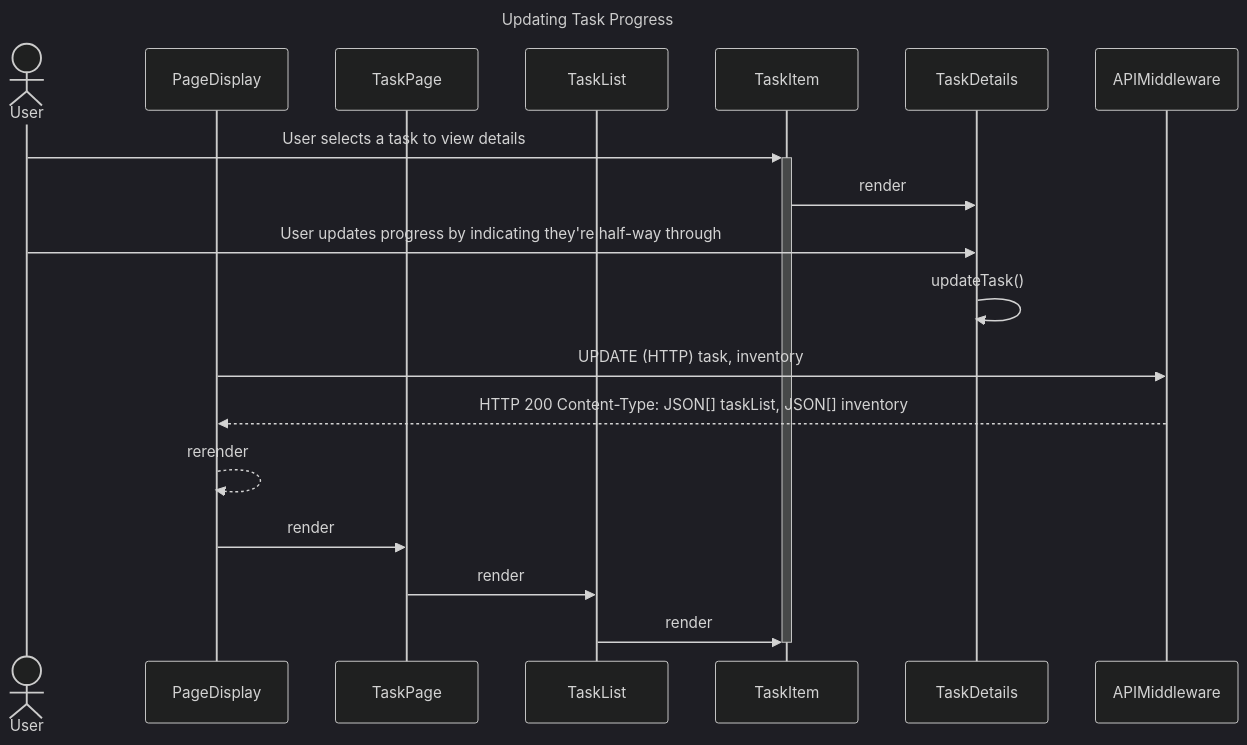
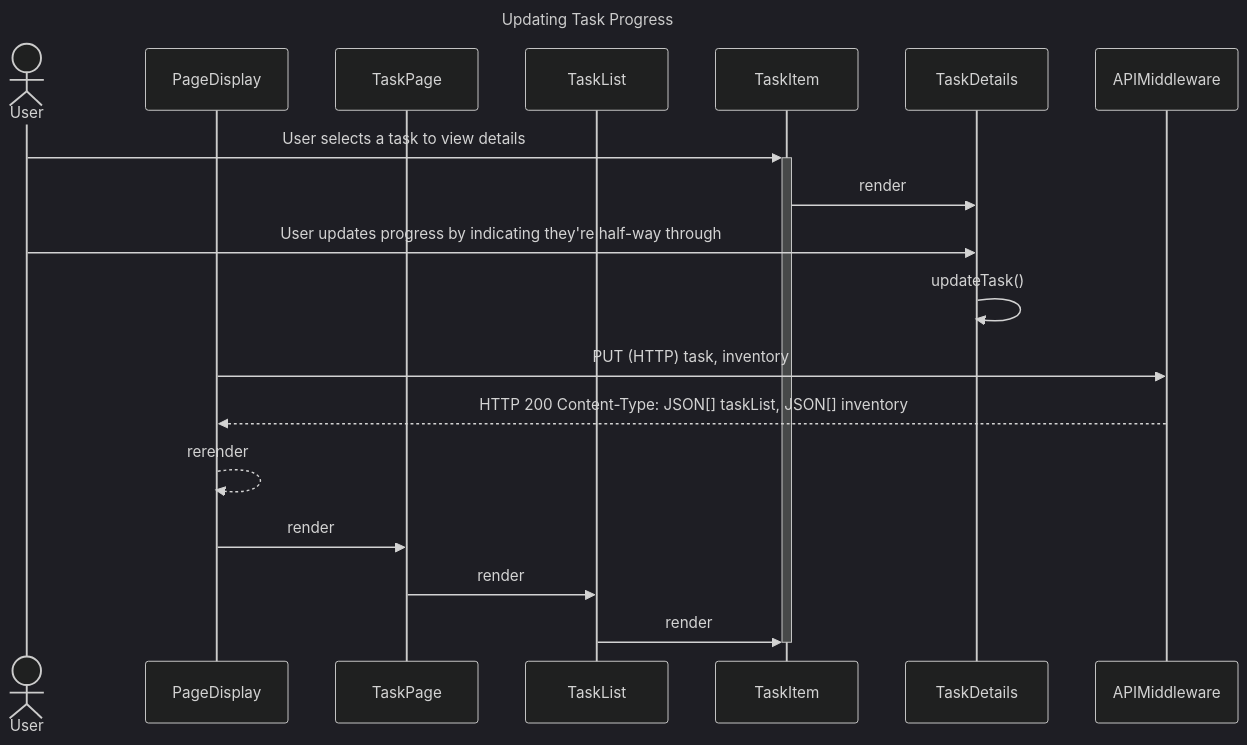
The second of 4 diagrams in documentation/docs/system-architecture/sequence-diagrams.md (Capstone-Projects-2023-Spring/project-virtual-pet), drawn with Mermaid (dark theme) before and after one commit. The commit also changed other lines of this file, not shown here.

Commit message:
seq-diagram.md

````diff
--- a/documentation/docs/system-architecture/sequence-diagrams.md
+++ b/documentation/docs/system-architecture/sequence-diagrams.md
@@ -79,24 +96,24 @@
 ```mermaid
 sequenceDiagram
     title Updating Task Progress
     actor User as User
     participant PageDisplay
     participant TaskPage
     participant TaskList
     participant TaskItem
     participant TaskDetails
     participant APIMiddleware
     
     User->>+TaskItem: User selects a task to view details
     TaskItem->>TaskDetails: render
     User->>TaskDetails: User updates progress by indicating they're half-way through
     TaskDetails->>TaskDetails: updateTask()
     %% Note over TaskDetails 
-    PageDisplay->>APIMiddleware: UPDATE (HTTP) task, inventory
+    PageDisplay->>APIMiddleware: PUT (HTTP) task, inventory
     APIMiddleware-->>PageDisplay: HTTP 200 Content-Type: JSON[] taskList, JSON[] inventory
     PageDisplay-->>PageDisplay: rerender
     PageDisplay->>TaskPage: render
     TaskPage->>TaskList: render
     TaskList->>TaskItem: render
     deactivate TaskItem
 ```
````
